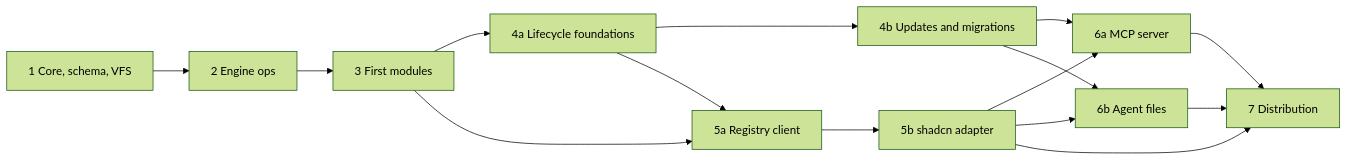
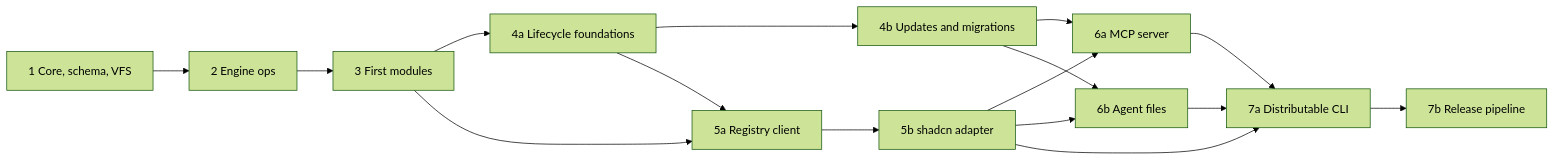
Before and after one commit to andryorelabs/aokit: the diagram in docs/roadmap.md, drawn with Mermaid (forest theme). The commit also changed other lines of this file and 6 other files, not shown here.

````diff
--- a/docs/roadmap.md
+++ b/docs/roadmap.md
@@ -7,17 +7,18 @@
 ```mermaid
 flowchart LR
   P1[1 Core, schema, VFS] --> P2[2 Engine ops]
   P2 --> P3[3 First modules]
   P3 --> P4A[4a Lifecycle foundations]
   P4A --> P4B[4b Updates and migrations]
   P3 --> P5A[5a Registry client]
   P4A --> P5A
   P5A --> P5B[5b shadcn adapter]
   P4B --> P6A[6a MCP server]
   P5B --> P6A
   P4B --> P6B[6b Agent files]
   P5B --> P6B
-  P6A --> P7[7 Distribution]
-  P6B --> P7
-  P5B --> P7
+  P6A --> P7A[7a Distributable CLI]
+  P6B --> P7A
+  P5B --> P7A
+  P7A --> P7B[7b Release pipeline]
 ```
````
